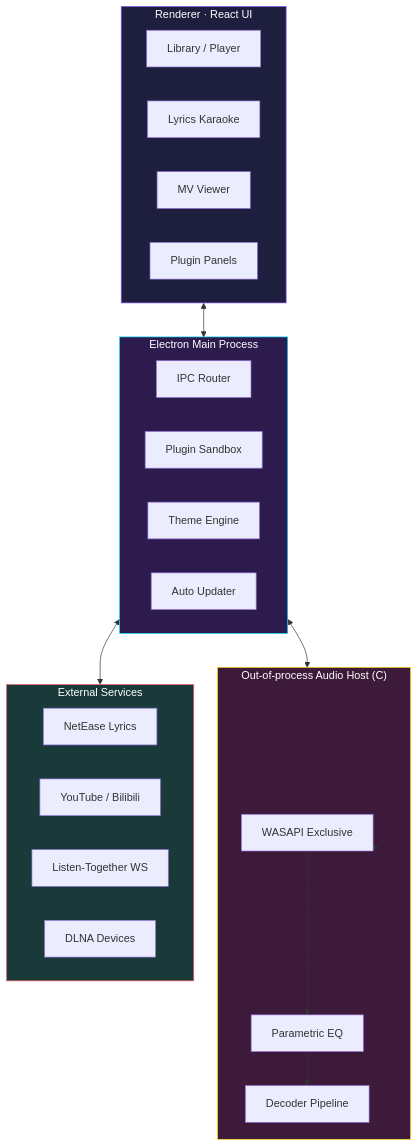
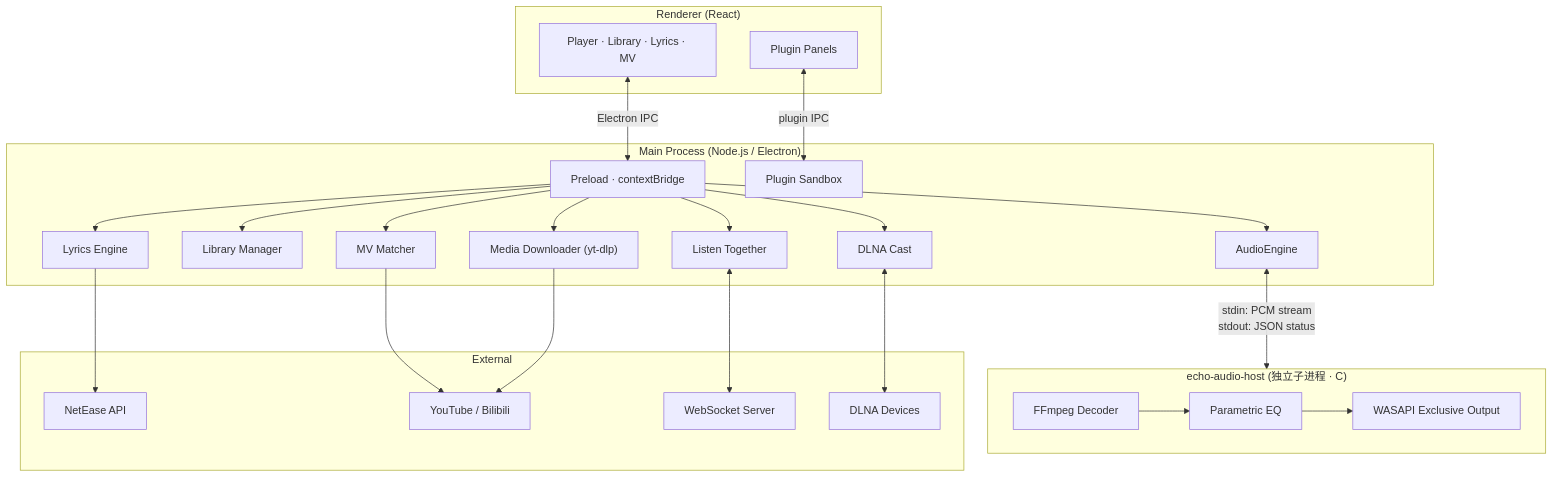
One commit to Moekotori/Echoes changed the diagram in README.md. Above: the diagram before and after it, drawn with Mermaid. The commit also changed other lines of this file, not shown here.

Commit message:
Redesign architecture diagram

````diff
--- a/README.md
+++ b/README.md
@@ -239,41 +239,46 @@
 ```mermaid
-flowchart TB
-  subgraph UI[" Renderer · React UI"]
-    A[Library / Player]
-    B[Lyrics Karaoke]
-    C[MV Viewer]
-    D[Plugin Panels]
-  end
+flowchart TD
+    subgraph renderer["Renderer  (React)"]
+        UI["Player · Library · Lyrics · MV"]
+        PluginUI["Plugin Panels"]
+    end
 
-  subgraph Main[" Electron Main Process"]
-    E[IPC Router]
-    F[Plugin Sandbox]
-    G[Theme Engine]
-    H[Auto Updater]
-  end
+    subgraph main["Main Process  (Node.js / Electron)"]
+        CB["Preload · contextBridge"]
+        AE["AudioEngine"]
+        LIB["Library Manager"]
+        LYR["Lyrics Engine"]
+        MVM["MV Matcher"]
+        DL["Media Downloader  (yt-dlp)"]
+        PS["Plugin Sandbox"]
+        LT["Listen Together"]
+        CAST["DLNA Cast"]
+    end
 
-  subgraph Audio[" Out-of-process Audio Host (C)"]
-    I[WASAPI Exclusive]
-    J[Parametric EQ]
-    K[Decoder Pipeline]
-  end
+    subgraph host["echo-audio-host  (独立子进程 · C)"]
+        FFM["FFmpeg Decoder"]
+        EQ["Parametric EQ"]
+        WAS["WASAPI Exclusive Output"]
+    end
 
-  subgraph Ext[" External Services"]
-    L[NetEase Lyrics]
-    M[YouTube / Bilibili]
-    N[Listen-Together WS]
-    O[DLNA Devices]
-  end
+    subgraph ext["External"]
+        NE["NetEase API"]
+        YTBL["YouTube / Bilibili"]
+        WS["WebSocket Server"]
+        DLNA["DLNA Devices"]
+    end
 
-  UI <--> Main
-  Main <--> Audio
-  Main <--> Ext
-  Audio --> I
-  I --> J
-  J --> K
+    UI      <-->|"Electron IPC"| CB
+    PluginUI <-->|"plugin IPC"| PS
+    CB --> AE & LIB & LYR & MVM & DL & LT & CAST
 
-  style UI fill:#1e1e3f,stroke:#8B5CF6,color:#fff
-  style Main fill:#2d1b4e,stroke:#00D9FF,color:#fff
-  style Audio fill:#3d1a3a,stroke:#FFD700,color:#fff
-  style Ext fill:#1a3a3a,stroke:#FF6B6B,color:#fff
+    AE <-->|"stdin: PCM stream
+stdout: JSON status"| host
+    FFM --> EQ --> WAS
+
+    LYR  --> NE
+    MVM  --> YTBL
+    DL   --> YTBL
+    LT   <--> WS
+    CAST <--> DLNA
 ```
````
